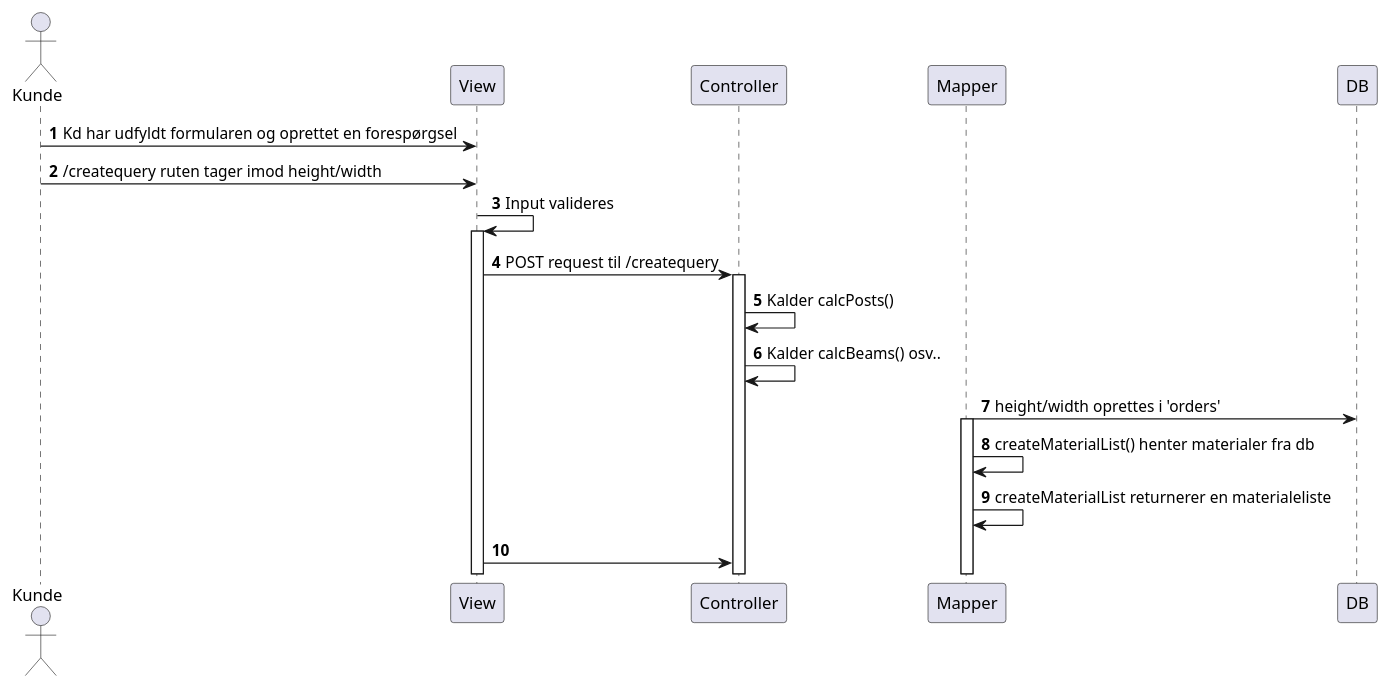
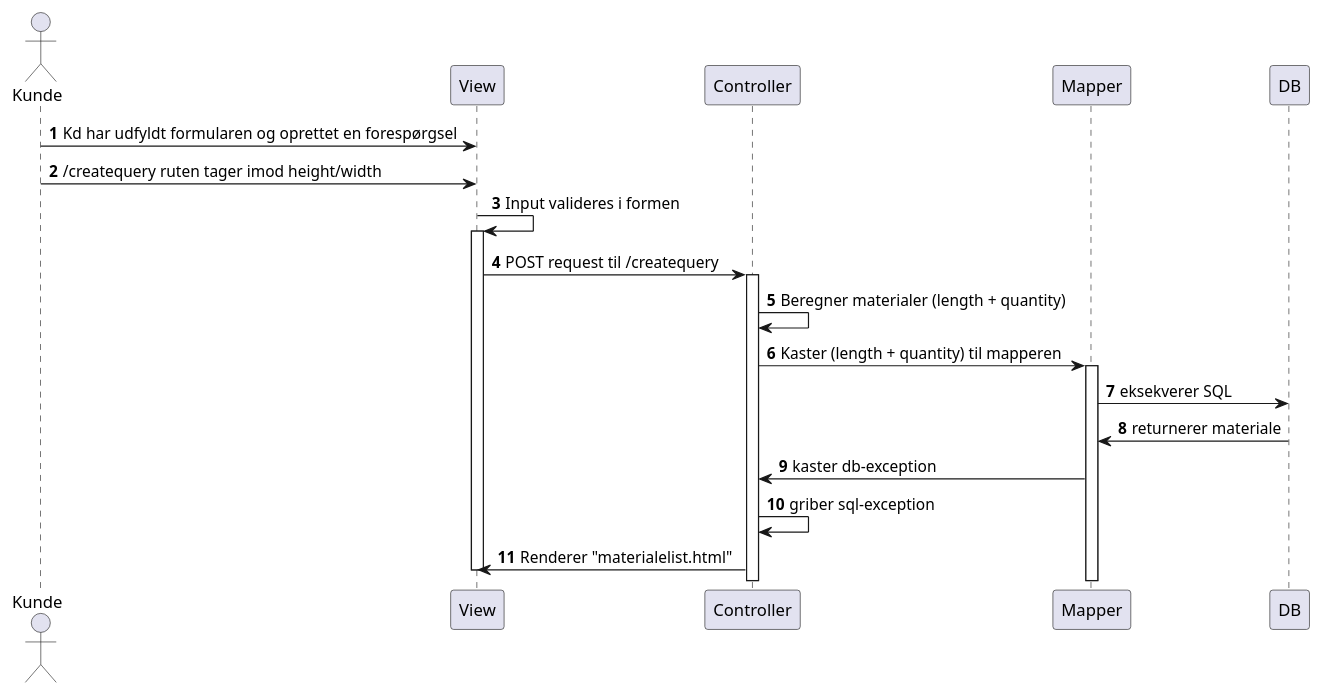
The diagram in docs/Sequence diagrams/us3-beregn-stykliste.puml (mridrisisci/fog-projekt), drawn with PlantUML before and after one commit.

Commit message:
opdateret sekv diagram 3

```diff
--- a/docs/Sequence diagrams/us3-beregn-stykliste.puml
+++ b/docs/Sequence diagrams/us3-beregn-stykliste.puml
@@ -1,29 +1,29 @@
 @startuml
 'https://plantuml.com/sequence-diagram
 
 autonumber
 
 Actor Kunde
 participant View as V
 participant Controller as C
 participant Mapper as M
 participant DB
 
 
 Kunde -> V: Kd har udfyldt formularen og oprettet en forespørgsel
 Kunde -> V: /createquery ruten tager imod height/width
-V -> V: Input valideres
+V -> V: Input valideres i formen
 activate V
 V -> C: POST request til /createquery
 activate C
-C -> C: Kalder calcPosts()
-C -> C: Kalder calcBeams() osv..
-M -> DB: height/width oprettes i 'orders'
+C -> C: Beregner materialer (length + quantity)
+C -> M: Kaster (length + quantity) til mapperen
 activate M
-M -> M: createMaterialList() henter materialer fra db
-M -> M: createMaterialList returnerer en materialeliste
+M -> DB: eksekverer SQL
+DB -> M: returnerer materiale
+M -> C: kaster db-exception
+C -> C: griber sql-exception
+C -> V: Renderer "materialelist.html"
 
-
-
-V -> C:
+deactivate V
 @enduml
```
